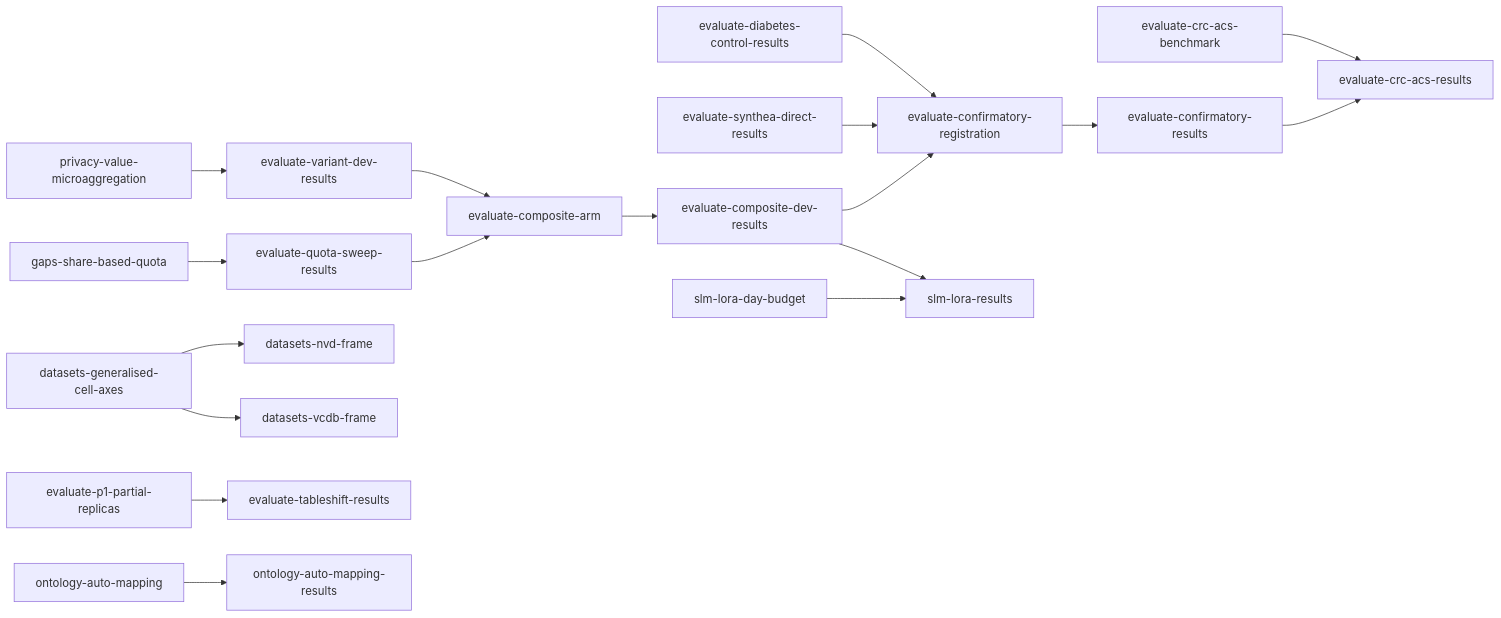
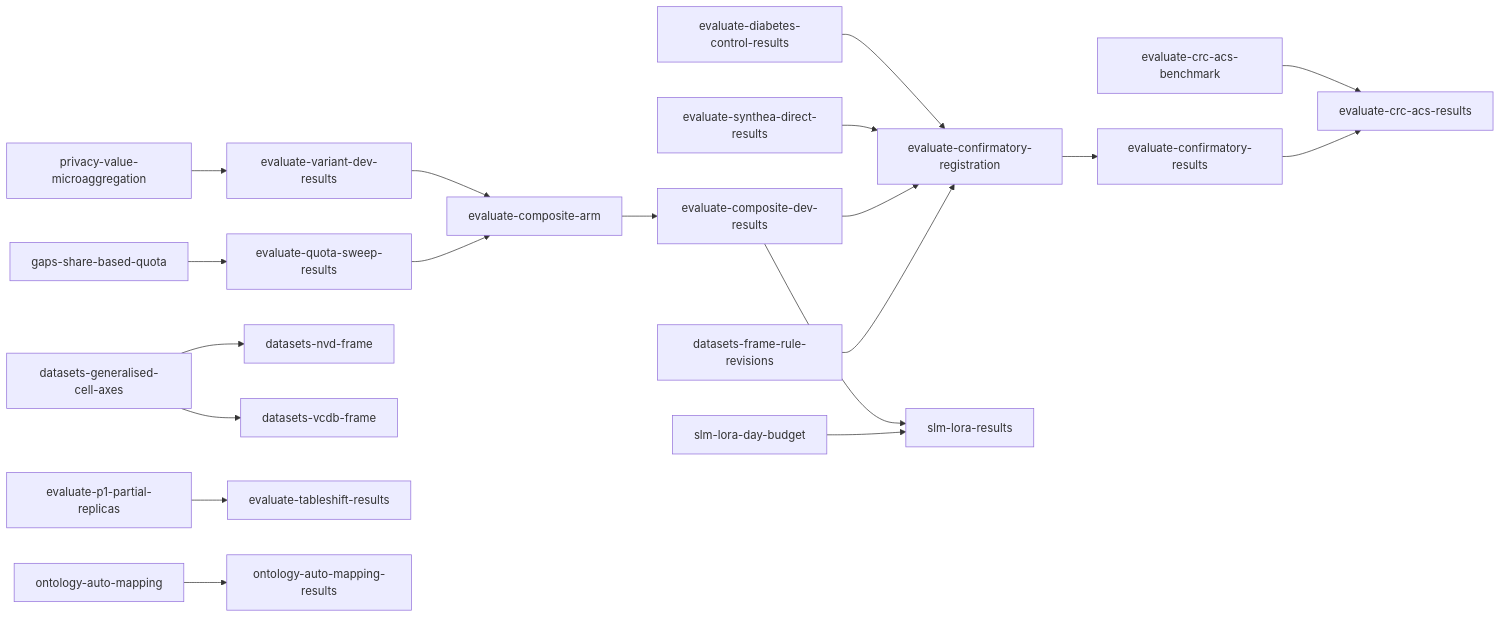
One commit to joe-dartmouth/synthetic changed the diagram in tasks/direct-index.md. Above: the diagram before and after it, drawn with Mermaid. The commit also changed other lines of this file and 9 other files, not shown here.

````diff
--- a/tasks/direct-index.md
+++ b/tasks/direct-index.md
@@ -65,20 +65,21 @@
 ```mermaid
 flowchart LR
     u16[privacy-value-microaggregation] --> u19[evaluate-variant-dev-results]
     u20[gaps-share-based-quota] --> u21[evaluate-quota-sweep-results]
     u50[datasets-generalised-cell-axes] --> u52[datasets-nvd-frame]
     u50 --> u53[datasets-vcdb-frame]
     u19 --> u28[evaluate-composite-arm]
     u21 --> u28
     u28 --> u29[evaluate-composite-dev-results]
     u7[evaluate-diabetes-control-results] --> u30[evaluate-confirmatory-registration]
     u8[evaluate-synthea-direct-results] --> u30
     u29 --> u30
+    u56[datasets-frame-rule-revisions] --> u30
     u30 --> u31[evaluate-confirmatory-results]
     u54[evaluate-p1-partial-replicas] --> u55[evaluate-tableshift-results]
     u41[evaluate-crc-acs-benchmark] --> u42[evaluate-crc-acs-results]
     u31 --> u42
     u32[ontology-auto-mapping] --> u33[ontology-auto-mapping-results]
     u29 --> u36[slm-lora-results]
     u51[slm-lora-day-budget] --> u36
 ```
````
